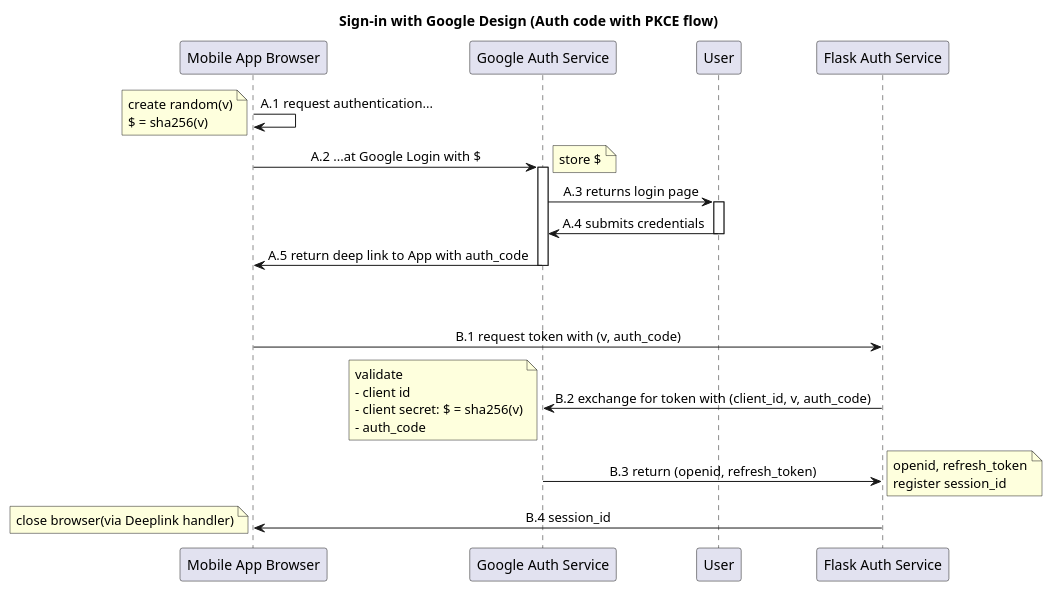
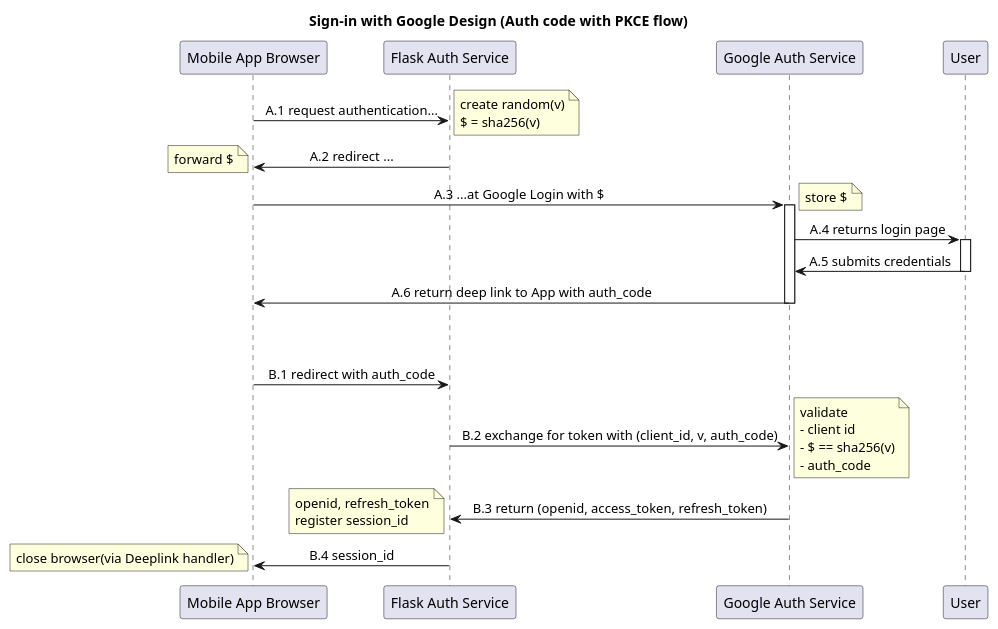
The diagram in img/user-auth-design/login-with-google.wsd (mkmojo/mkmojo.github.io), drawn with PlantUML before and after one commit. The commit also changed 1 other file, not shown here.

Commit message:
update sequence diagram with PKCE

```diff
--- a/img/user-auth-design/login-with-google.wsd
+++ b/img/user-auth-design/login-with-google.wsd
@@ -1,40 +1,42 @@
 @startuml
 skinparam SequenceMessageAlignment center
 
 title Sign-in with Google Design (Auth code with PKCE flow)
-"Mobile App Browser" -> "Mobile App Browser" : A.1 request authentication...
-note left
+"Mobile App Browser" -> "Flask Auth Service" : A.1 request authentication...
+note right
 create random(v)
 $ = sha256(v)
 end note
+"Mobile App Browser" <- "Flask Auth Service" : A.2 redirect ...
+note left: forward $
 
-"Mobile App Browser" -> "Google Auth Service": A.2 ...at Google Login with $
+"Mobile App Browser" -> "Google Auth Service": A.3 ...at Google Login with $
 note right: store $
 activate "Google Auth Service"
-"User" <- "Google Auth Service": A.3 returns login page
+"User" <- "Google Auth Service": A.4 returns login page
 activate "User"
-"User" -> "Google Auth Service": A.4 submits credentials
+"User" -> "Google Auth Service": A.5 submits credentials
 deactivate "User"
-"Mobile App Browser" <- "Google Auth Service" : A.5 return deep link to App with auth_code
+"Mobile App Browser" <- "Google Auth Service" : A.6 return deep link to App with auth_code
 deactivate "Google Auth Service"
 |||
 |||
-"Mobile App Browser" -> "Flask Auth Service" : B.1 request token with (v, auth_code)
+"Mobile App Browser" -> "Flask Auth Service" : B.1 redirect with auth_code
 "Flask Auth Service" -> "Google Auth Service": B.2 exchange for token with (client_id, v, auth_code)
-note left
+note right
     validate 
     - client id
-    - client secret: $ = sha256(v)
+    - $ == sha256(v)
     - auth_code
 end note
-"Google Auth Service" -> "Flask Auth Service": B.3 return (openid, refresh_token)
-note right
+"Google Auth Service" -> "Flask Auth Service": B.3 return (openid, access_token, refresh_token)
+note left
     openid, refresh_token
     register session_id
 end note
 "Flask Auth Service" -> "Mobile App Browser": B.4 session_id
 note left
 close browser(via Deeplink handler)
 end note
 
 @enduml
```
